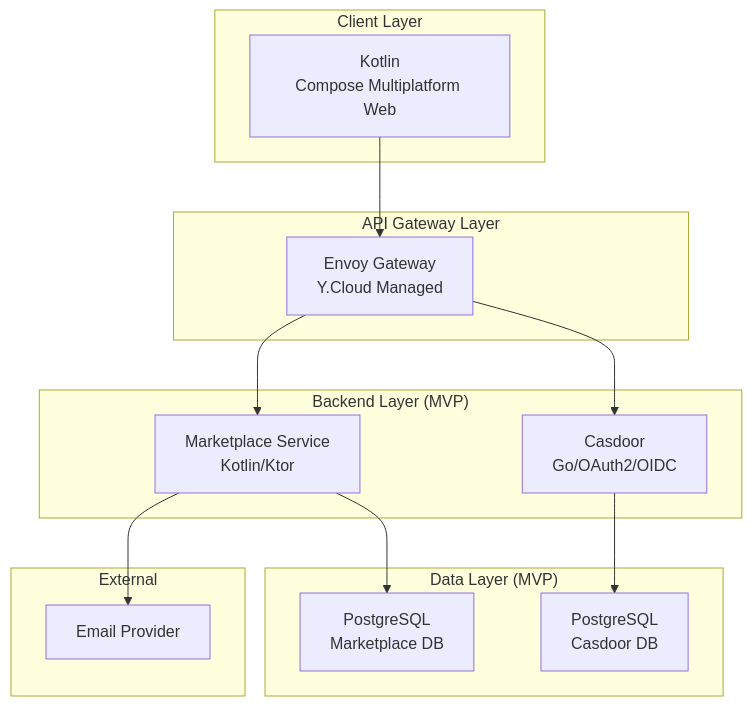
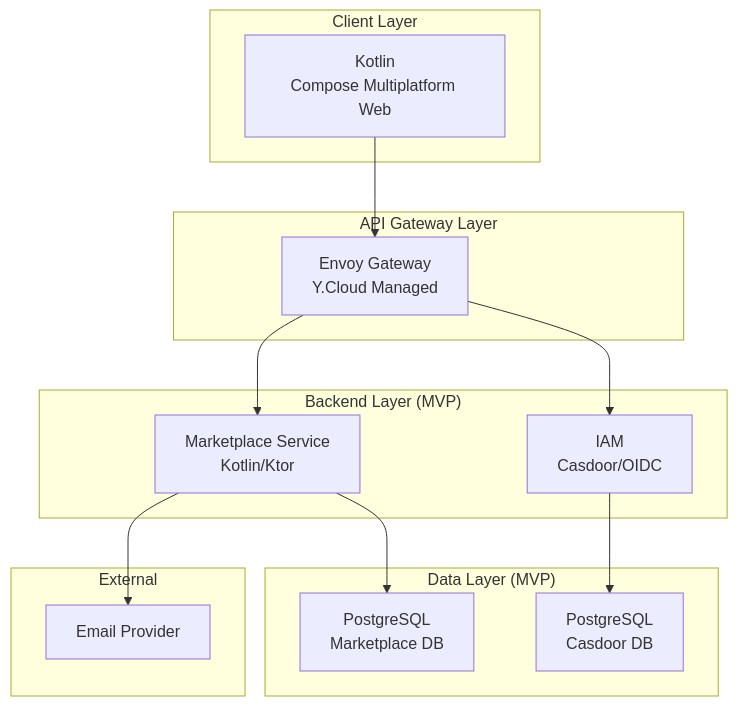
One commit to otuskotlin/202602-ok-marketplace changed the first of 10 diagrams in docs/architecture/tech-stack.md. Above: the diagram before and after it, drawn with Mermaid. The commit also changed other lines of this file and 4 other files, not shown here.

````diff
--- a/docs/architecture/tech-stack.md
+++ b/docs/architecture/tech-stack.md
@@ -7,31 +7,31 @@
 ```mermaid
 graph TB
     subgraph "Client Layer"
         Frontend["Kotlin<br/>Compose Multiplatform Web"]
     end
     
     subgraph "API Gateway Layer"
         Gateway["Envoy Gateway<br/>Y.Cloud Managed"]
     end
     
     subgraph "Backend Layer (MVP)"
         MS["Marketplace Service<br/>Kotlin/Ktor"]
-        CD["Casdoor<br/>Go/OAuth2/OIDC"]
+        CD["IAM<br/>Casdoor/OIDC"]
     end
     
     subgraph "Data Layer (MVP)"
         DB1["PostgreSQL<br/>Marketplace DB"]
         DB2["PostgreSQL<br/>Casdoor DB"]
     end
     
     subgraph "External"
         Email["Email Provider"]
     end
     
     Frontend --> Gateway
     Gateway --> MS
     Gateway --> CD
     MS --> DB1
     CD --> DB2
     MS --> Email
 ```
````
